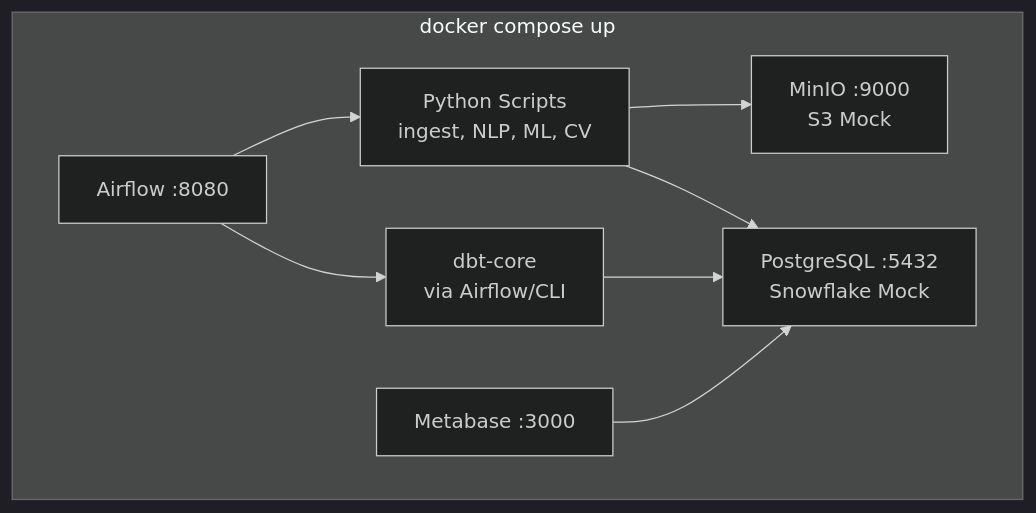
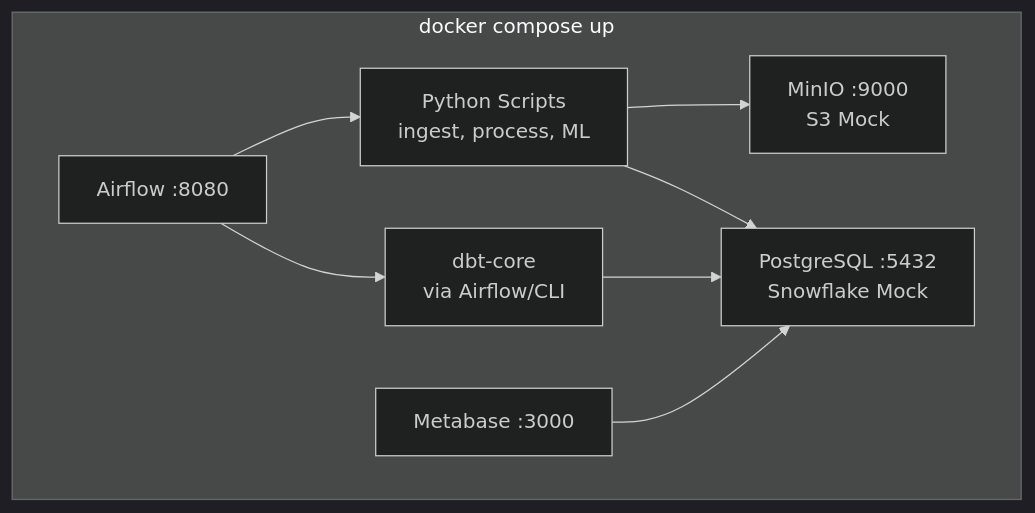
Before and after one commit to guialvesmartins/trabalho-ifg-modulo-2: the first of 3 diagrams in .docs-projeto-final/03-Arquitetura.md, drawn with Mermaid (dark theme). The commit also changed other lines of this file and 32 other files, not shown here.

````diff
--- a/.docs-projeto-final/03-Arquitetura.md
+++ b/.docs-projeto-final/03-Arquitetura.md
@@ -22,18 +22,18 @@
 ```mermaid
 graph TD
     subgraph "docker compose up"
         MinIO[MinIO :9000\nS3 Mock]
         PG[PostgreSQL :5432\nSnowflake Mock]
         AF[Airflow :8080]
         MB[Metabase :3000]
-        PY[Python Scripts\ningest, NLP, ML, CV]
+        PY[Python Scripts\ningest, process, ML]
         DBT[dbt-core\nvia Airflow/CLI]
     end
 
     PY --> MinIO
     PY --> PG
     AF --> PY
     AF --> DBT
     DBT --> PG
     MB --> PG
 ```
````
